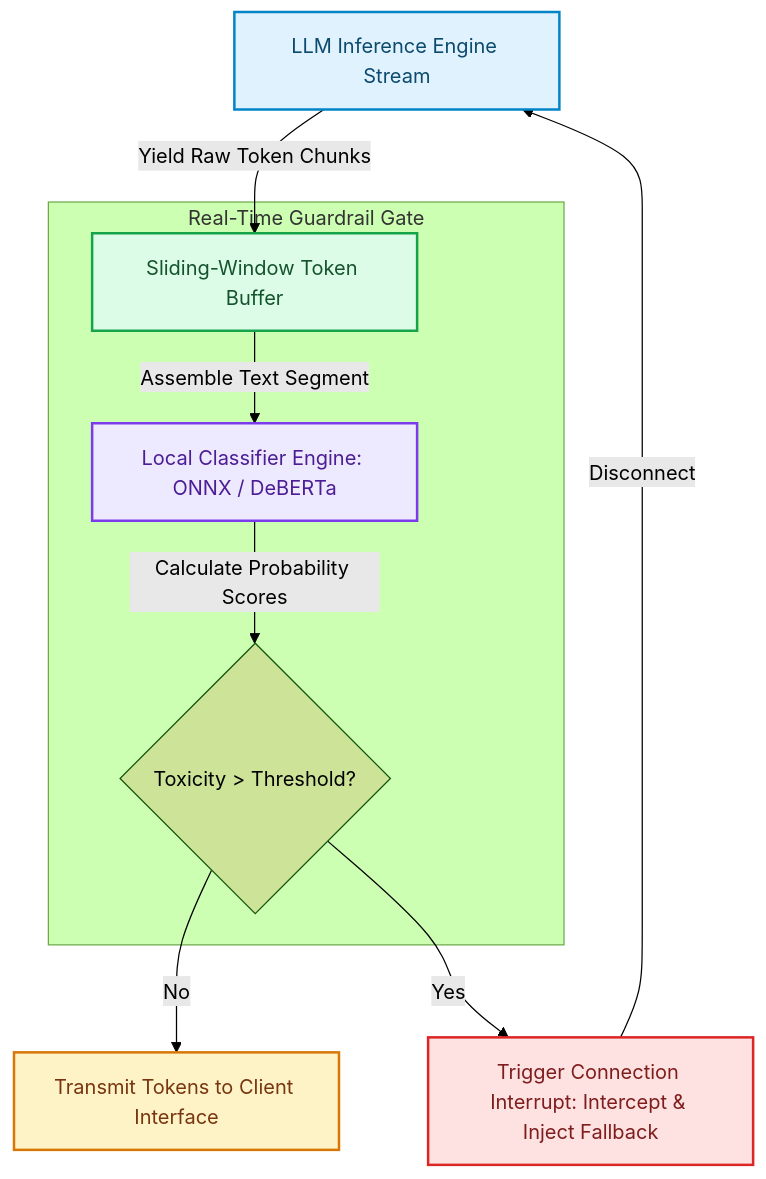
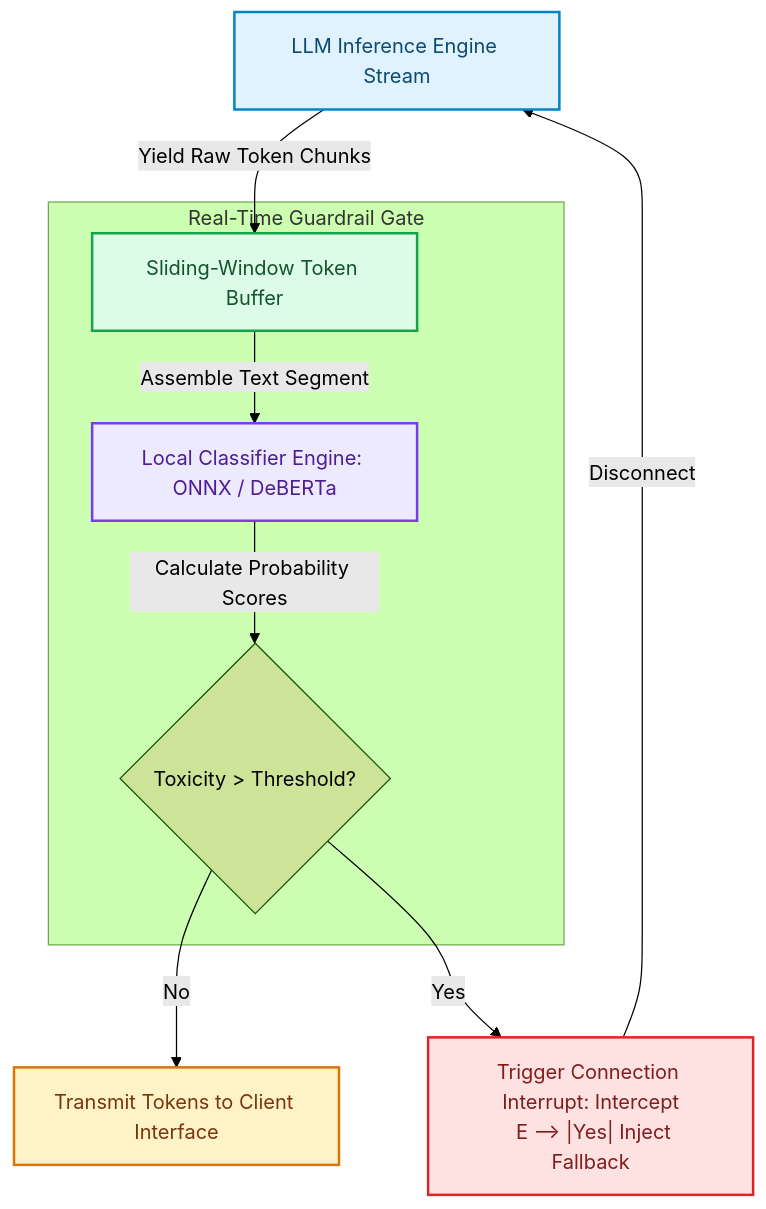
Before and after one commit to akmalkhaniub/akmalkhaniub.github.io: the diagram in blog/posts/real-time-toxicity-bias-scanning-streaming-token-responses.md, drawn with Mermaid (forest theme). The commit also changed other lines of this file and 894 other files, not shown here.

Commit message:
feat(blog): upgrade all 444 posts with unique staggered dates, 2-col Mermaid spines, benchmark tables, code blocks, and trade-offs

````diff
--- a/blog/posts/real-time-toxicity-bias-scanning-streaming-token-responses.md
+++ b/blog/posts/real-time-toxicity-bias-scanning-streaming-token-responses.md
@@ -17,24 +17,25 @@
 ```mermaid
 flowchart TD
   A["LLM Inference Engine Stream"] -->|Yield Raw Token Chunks| B["Sliding-Window Token Buffer"]
   
   subgraph SG1_RealTimeGuardrail ["Real-Time Guardrail Gate"]
     B -->|Assemble Text Segment| C["Local Classifier Engine: ONNX / DeBERTa"]
     C -->|Calculate Probability Scores| D{Toxicity > Threshold?}
   end
   
   D -->|No| E["Transmit Tokens to Client Interface"]
-  D -->|Yes| F["Trigger Connection Interrupt: Intercept & Inject Fallback"]
+  D --> |Yes| F["Trigger Connection Interrupt: Intercept
+  E --> |Yes| Inject Fallback"]
   F -->|Disconnect| A
 
 classDef green fill:#dcfce7,stroke:#16a34a,stroke-width:2px,color:#14532d;
 classDef red fill:#fee2e2,stroke:#dc2626,stroke-width:2px,color:#7f1d1d;
 classDef blue fill:#e0f2fe,stroke:#0284c7,stroke-width:2px,color:#0c4a6e;
 classDef yellow fill:#fef3c7,stroke:#d97706,stroke-width:2px,color:#78350f;
 classDef purple fill:#ede9fe,stroke:#7c3aed,stroke-width:2px,color:#4c1d95;
 class A blue
 class B green
 class C purple
 class E yellow
 class F red
 ```
````
